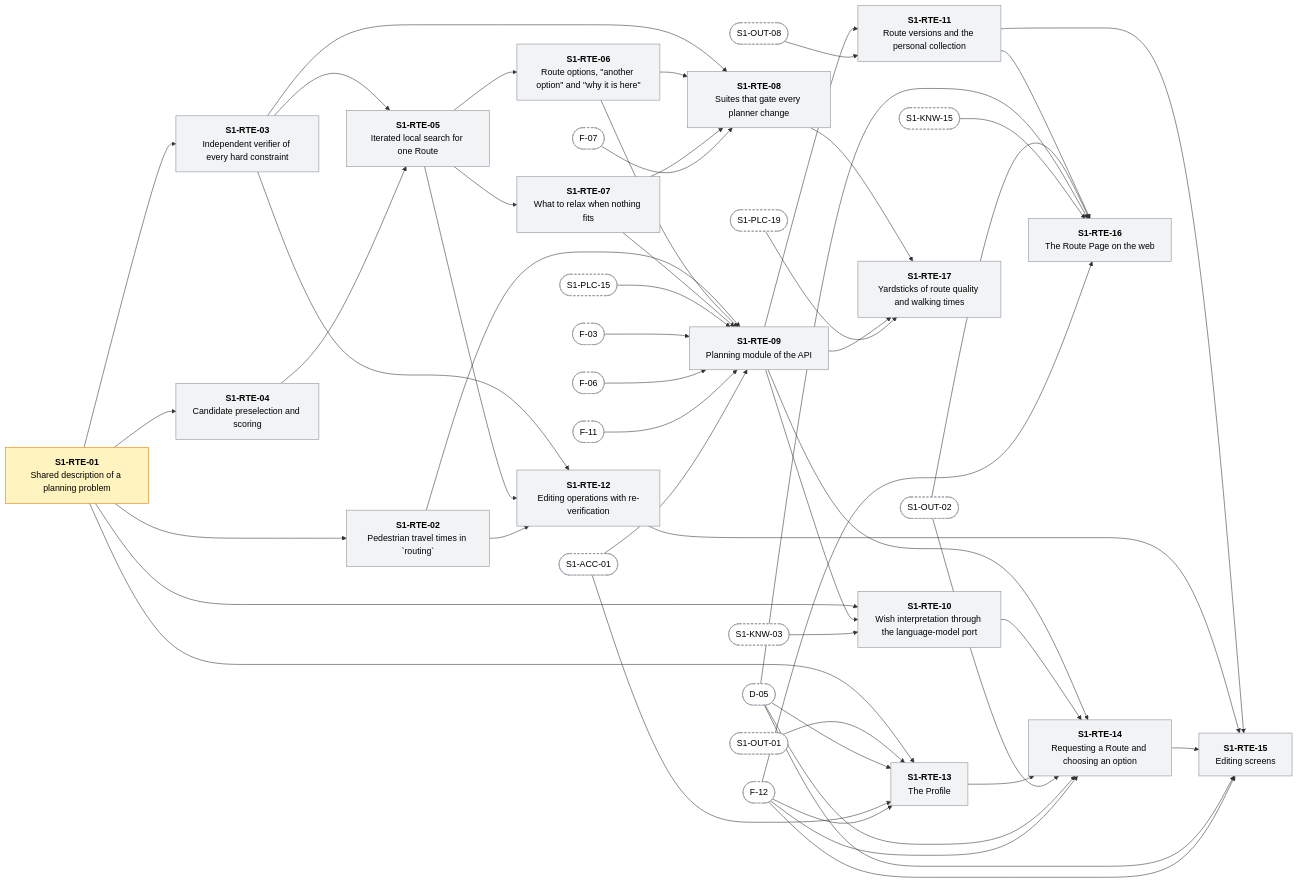
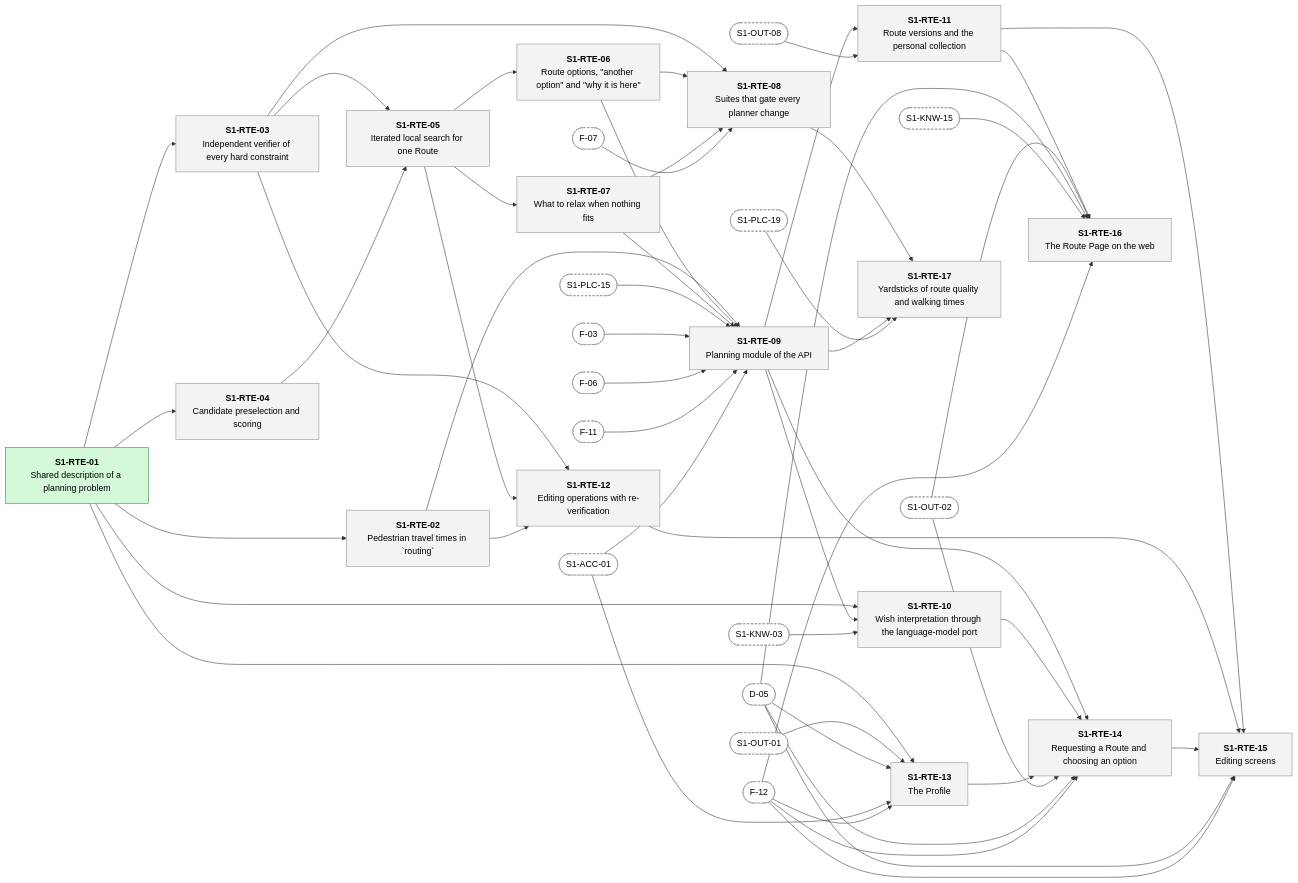
Before and after one commit to menisika/Smart-Tour-Guide-and-Itinerary-Planner: the eighth of 17 diagrams in docs/WORK-PLAN.md, drawn with Mermaid. The commit also changed other lines of this file, not shown here.

First line of the commit message:
docs(docs): close the planning contract package

```diff
--- a/docs/WORK-PLAN.md
+++ b/docs/WORK-PLAN.md
@@ -2682,7 +2682,7 @@
   classDef blocked fill:#ffe3e3,stroke:#c92a2a,color:#000
   classDef todo fill:#f1f3f5,stroke:#868e96,color:#000
   classDef outside fill:#ffffff,stroke:#868e96,stroke-dasharray:4 3,color:#000
-  S1_RTE_01["<b>S1-RTE-01</b><br/>Shared description of a planning problem"]:::progress
+  S1_RTE_01["<b>S1-RTE-01</b><br/>Shared description of a planning problem"]:::done
   S1_RTE_02["<b>S1-RTE-02</b><br/>Pedestrian travel times in `routing`"]:::todo
   S1_RTE_03["<b>S1-RTE-03</b><br/>Independent verifier of every hard constraint"]:::todo
   S1_RTE_04["<b>S1-RTE-04</b><br/>Candidate preselection and scoring"]:::todo
```
